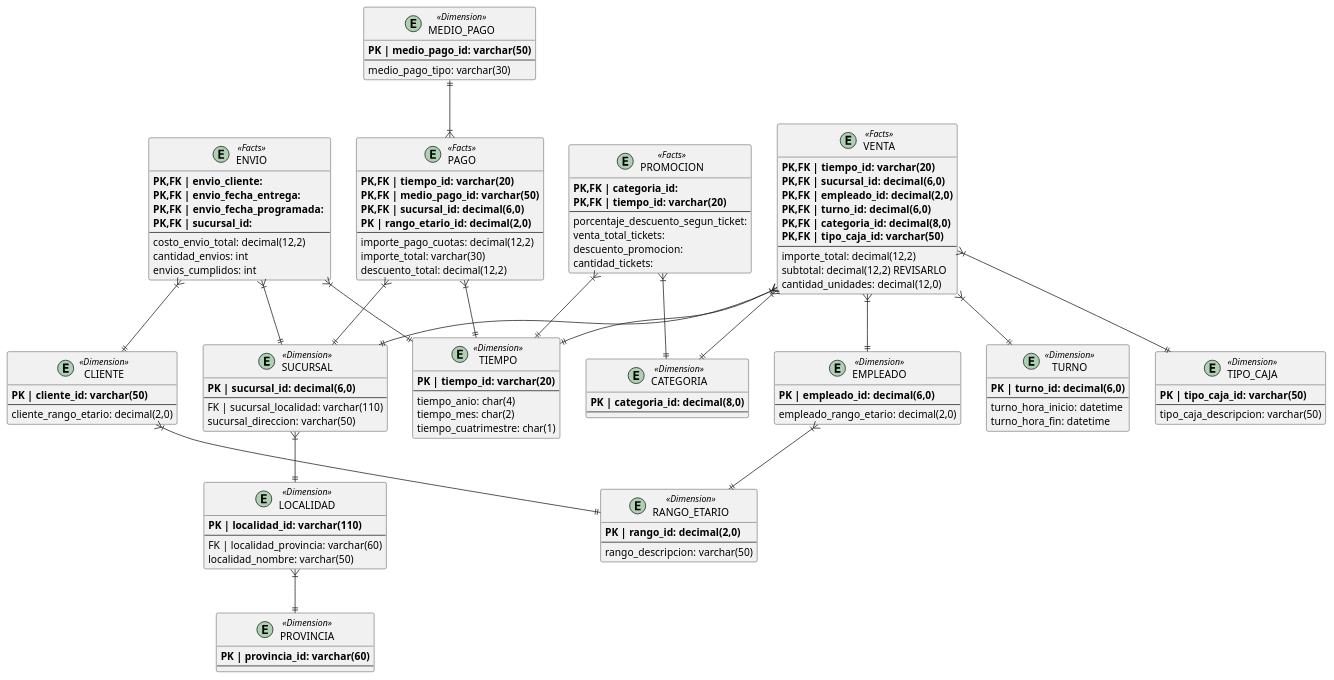
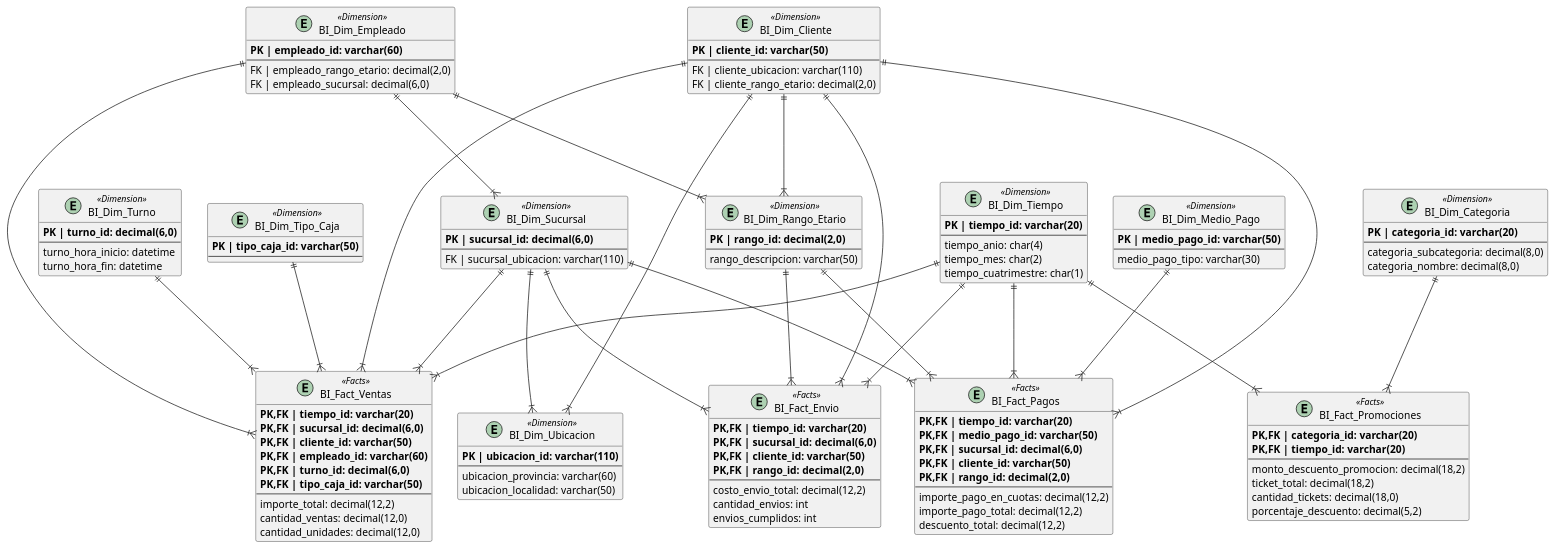
Before and after one commit to NicolasPin/GDD: the diagram in DER_BI/src/DERBI.puml, drawn with PlantUML. The commit also changed 1 other file, not shown here.

```diff
--- a/DER_BI/src/DERBI.puml
+++ b/DER_BI/src/DERBI.puml
@@ -1,144 +1,142 @@
 @startuml
 
-entity TIEMPO <<Dimension>> {
+entity BI_Dim_Tiempo <<Dimension>> {
     **PK | tiempo_id: varchar(20)**
     --
     tiempo_anio: char(4)
     tiempo_mes: char(2)
     tiempo_cuatrimestre: char(1)
 }
 
-entity PROVINCIA <<Dimension>> {
-    **PK | provincia_id: varchar(60)**
+entity BI_Dim_Ubicacion <<Dimension>> {
+    **PK | ubicacion_id: varchar(110)**
     --
+    ubicacion_provincia: varchar(60)
+    ubicacion_localidad: varchar(50)
 }
 
-entity LOCALIDAD <<Dimension>> {
-    **PK | localidad_id: varchar(110)**
+entity BI_Dim_Sucursal <<Dimension>> {
+    **PK | sucursal_id: decimal(6,0)**
     --
-    FK | localidad_provincia: varchar(60)
-    localidad_nombre: varchar(50)
+    FK | sucursal_ubicacion: varchar(110)
 }
 
-entity EMPLEADO <<Dimension>> {
-    **PK | empleado_id: decimal(6,0)**
-    --
-    empleado_rango_etario: decimal(2,0)
-}
-
-entity CLIENTE <<Dimension>> {
-    **PK | cliente_id: varchar(50)**
-    --
-    cliente_rango_etario: decimal(2,0)
-}
-
-entity SUCURSAL <<Dimension>> {
-    **PK | sucursal_id: decimal(6,0)**
-    --
-    FK | sucursal_localidad: varchar(110)
-    sucursal_direccion: varchar(50)
-}
-
-entity RANGO_ETARIO <<Dimension>> {
+entity BI_Dim_Rango_Etario <<Dimension>> {
     **PK | rango_id: decimal(2,0)**
     --
     rango_descripcion: varchar(50)
 }
 
-entity TURNO <<Dimension>> {
+entity BI_Dim_Cliente <<Dimension>> {
+    **PK | cliente_id: varchar(50)**
+    --
+    FK | cliente_ubicacion: varchar(110)
+    FK | cliente_rango_etario: decimal(2,0)
+}
+
+entity BI_Dim_Empleado <<Dimension>> {
+    **PK | empleado_id: varchar(60)**
+    --
+    FK | empleado_rango_etario: decimal(2,0)
+    FK | empleado_sucursal: decimal(6,0)
+}
+
+entity BI_Dim_Turno <<Dimension>> {
     **PK | turno_id: decimal(6,0)**
     --
     turno_hora_inicio: datetime
     turno_hora_fin: datetime
 }
 
-entity PAGO <<Facts>>{
-    **PK,FK | tiempo_id: varchar(20)**
-    **PK,FK | medio_pago_id: varchar(50)**
-    **PK,FK | sucursal_id: decimal(6,0)**
-    **PK | rango_etario_id: decimal(2,0)**
-    --
-    importe_pago_cuotas: decimal(12,2)
-    importe_total: varchar(30)
-    descuento_total: decimal(12,2)
-}
-
-entity MEDIO_PAGO <<Dimension>> {
+entity BI_Dim_Medio_Pago <<Dimension>> {
     **PK | medio_pago_id: varchar(50)**
     --
     medio_pago_tipo: varchar(30)
 }
 
-entity CATEGORIA <<Dimension>> {
-    **PK | categoria_id: decimal(8,0)**
+entity BI_Dim_Categoria <<Dimension>> {
+    **PK | categoria_id: varchar(20)**
+    --
+    categoria_subcategoria: decimal(8,0)
+    categoria_nombre: decimal(8,0)
+}
+
+entity BI_Dim_Tipo_Caja <<Dimension>> {
+    **PK | tipo_caja_id: varchar(50)**
     --
 }
 
-entity VENTA <<Facts>> {
+entity BI_Fact_Ventas <<Facts>> {
     **PK,FK | tiempo_id: varchar(20)**
     **PK,FK | sucursal_id: decimal(6,0)**
-    **PK,FK | empleado_id: decimal(2,0)**
+    **PK,FK | cliente_id: varchar(50)**
+    **PK,FK | empleado_id: varchar(60)**
     **PK,FK | turno_id: decimal(6,0)**
-    **PK,FK | categoria_id: decimal(8,0)**
     **PK,FK | tipo_caja_id: varchar(50)**
     --
     importe_total: decimal(12,2)
-    subtotal: decimal(12,2) REVISARLO
+    cantidad_ventas: decimal(12,0)
     cantidad_unidades: decimal(12,0)
 }
 
-entity TIPO_CAJA <<Dimension>> {
-    **PK | tipo_caja_id: varchar(50)**
+entity BI_Fact_Promociones <<Facts>> {
+    **PK,FK | categoria_id: varchar(20)**
+    **PK,FK | tiempo_id: varchar(20)**
     --
-    tipo_caja_descripcion: varchar(50)
+    monto_descuento_promocion: decimal(18,2)
+    ticket_total: decimal(18,2)
+    cantidad_tickets: decimal(18,0)
+    porcentaje_descuento: decimal(5,2)
 }
 
-entity PROMOCION <<Facts>> {
-    **PK,FK | categoria_id: **
+entity BI_Fact_Pagos <<Facts>> {
     **PK,FK | tiempo_id: varchar(20)**
+    **PK,FK | medio_pago_id: varchar(50)**
+    **PK,FK | sucursal_id: decimal(6,0)**
+    **PK,FK | cliente_id: varchar(50)**
+    **PK,FK | rango_id: decimal(2,0)**
     --
-    porcentaje_descuento_segun_ticket:
-    venta_total_tickets:
-    descuento_promocion:
-    cantidad_tickets:
+    importe_pago_en_cuotas: decimal(12,2)
+    importe_pago_total: decimal(12,2)
+    descuento_total: decimal(12,2)
 }
 
-entity ENVIO <<Facts>> {
-    **PK,FK | envio_cliente: **
-    **PK,FK | envio_fecha_entrega: **
-    **PK,FK | envio_fecha_programada: **
-    **PK,FK | sucursal_id: **
+entity BI_Fact_Envio <<Facts>> {
+    **PK,FK | tiempo_id: varchar(20)**
+    **PK,FK | sucursal_id: decimal(6,0)**
+    **PK,FK | cliente_id: varchar(50)**
+    **PK,FK | rango_id: decimal(2,0)**
     --
     costo_envio_total: decimal(12,2)
     cantidad_envios: int
     envios_cumplidos: int
 }
 
-MEDIO_PAGO ||--|{ PAGO
+BI_Dim_Tiempo ||---|{ BI_Fact_Ventas
+BI_Dim_Sucursal ||---|{ BI_Fact_Ventas
+BI_Dim_Cliente ||---|{ BI_Fact_Ventas
+BI_Dim_Empleado ||---|{ BI_Fact_Ventas
+BI_Dim_Turno ||---|{ BI_Fact_Ventas
+BI_Dim_Tipo_Caja ||---|{ BI_Fact_Ventas
 
-PAGO }|--|| TIEMPO
-PAGO }|--|| SUCURSAL
+BI_Dim_Tiempo ||---|{ BI_Fact_Promociones
+BI_Dim_Categoria ||---|{ BI_Fact_Promociones
 
-PROMOCION }|--|| TIEMPO
-PROMOCION }|--|| CATEGORIA
+BI_Dim_Tiempo ||---|{ BI_Fact_Pagos
+BI_Dim_Medio_Pago ||---|{ BI_Fact_Pagos
+BI_Dim_Sucursal ||---|{ BI_Fact_Pagos
+BI_Dim_Cliente ||---|{ BI_Fact_Pagos
+BI_Dim_Rango_Etario ||---|{ BI_Fact_Pagos
 
-VENTA }|--|| TIEMPO
-VENTA }|--|| SUCURSAL
-VENTA }|--|| EMPLEADO
-VENTA }|--|| TURNO
-VENTA }|--|| CATEGORIA
-VENTA }|--|| TIPO_CAJA
+BI_Dim_Tiempo ||---|{ BI_Fact_Envio
+BI_Dim_Sucursal ||---|{ BI_Fact_Envio
+BI_Dim_Cliente ||---|{ BI_Fact_Envio
+BI_Dim_Rango_Etario ||---|{ BI_Fact_Envio
 
-ENVIO }|--|| TIEMPO
-ENVIO }|--|| SUCURSAL
-ENVIO }|--|| CLIENTE
-
-EMPLEADO }|--|| RANGO_ETARIO
-CLIENTE }|--|| RANGO_ETARIO
-
-LOCALIDAD }|--|| PROVINCIA
-SUCURSAL }|--|| LOCALIDAD
-
-
+BI_Dim_Sucursal ||---|{ BI_Dim_Ubicacion
+BI_Dim_Cliente ||----|{ BI_Dim_Ubicacion
+BI_Dim_Empleado ||---|{ BI_Dim_Sucursal
+BI_Dim_Empleado ||--|{ BI_Dim_Rango_Etario
+BI_Dim_Cliente ||---|{ BI_Dim_Rango_Etario
 
 @enduml
```
